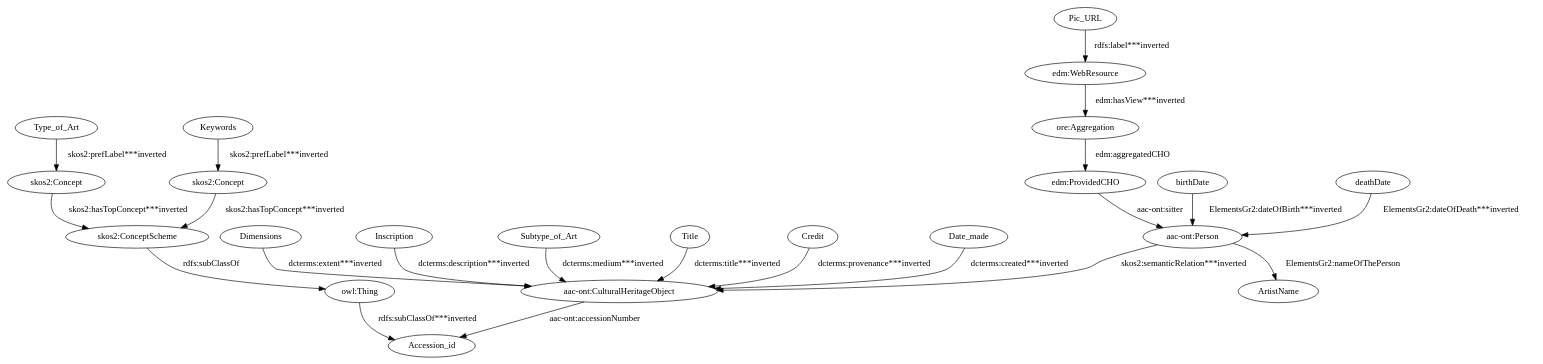
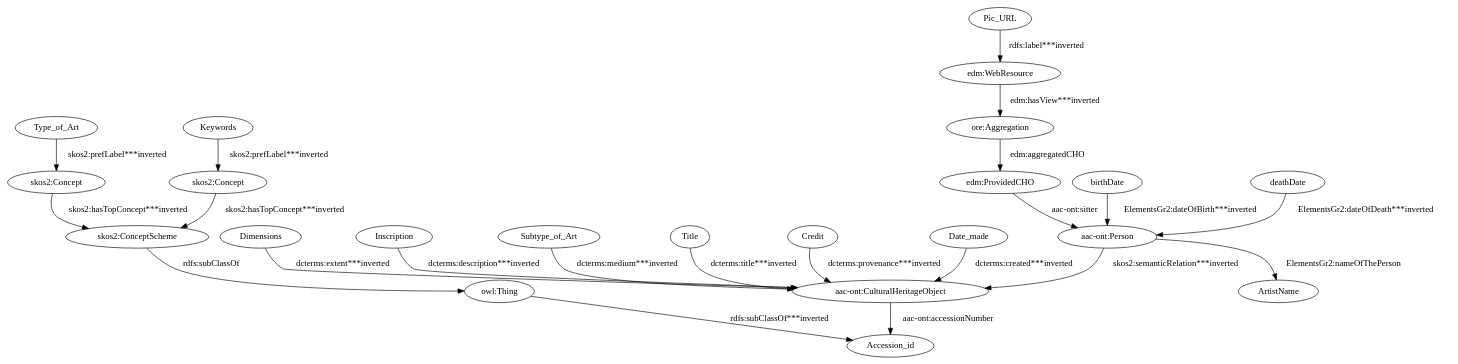
One commit to giuseppefutia/semi changed the diagram in data/taheriyan2016/task_03/semantic_models/steiner/dot/s25-s-oakland-museum-paintings.dot. Above: the diagram before and after it, drawn with Graphviz. The commit also changed 223 other files, not shown here.

```diff
--- a/data/taheriyan2016/task_03/semantic_models/steiner/dot/s25-s-oakland-museum-paintings.dot
+++ b/data/taheriyan2016/task_03/semantic_models/steiner/dot/s25-s-oakland-museum-paintings.dot
@@ -1,45 +1,45 @@
 digraph {
   Credit [type=attribute_name,label=Credit]
   "aac-ont:CulturalHeritageObject1" [type=class_uri,label="aac-ont:CulturalHeritageObject"]
   Date_made [type=attribute_name,label=Date_made]
   Dimensions [type=attribute_name,label=Dimensions]
   Inscription [type=attribute_name,label=Inscription]
   Keywords [type=attribute_name,label=Keywords]
   "skos2:Concept1" [type=class_uri,label="skos2:Concept"]
   Pic_URL [type=attribute_name,label=Pic_URL]
   "edm:WebResource1" [type=class_uri,label="edm:WebResource"]
   Subtype_of_Art [type=attribute_name,label=Subtype_of_Art]
   Title [type=attribute_name,label=Title]
   Type_of_Art [type=attribute_name,label=Type_of_Art]
   "skos2:Concept2" [type=class_uri,label="skos2:Concept"]
   Accession_id [type=attribute_name,label=Accession_id]
   "aac-ont:Person1" [type=class_uri,label="aac-ont:Person"]
   ArtistName [type=attribute_name,label=ArtistName]
   birthDate [type=attribute_name,label=birthDate]
   deathDate [type=attribute_name,label=deathDate]
   "edm:ProvidedCHO" [type=class_uri,label="edm:ProvidedCHO"]
   "ore:Aggregation" [type=class_uri,label="ore:Aggregation"]
   "owl:Thing" [type=special,label="owl:Thing"]
   "skos2:ConceptScheme" [type=class_uri,label="skos2:ConceptScheme"]
-  Credit -> "aac-ont:CulturalHeritageObject1" [type=st_property_uri,label="dcterms:provenance***inverted"]
-  Date_made -> "aac-ont:CulturalHeritageObject1" [type=st_property_uri,label="dcterms:created***inverted"]
-  Dimensions -> "aac-ont:CulturalHeritageObject1" [type=st_property_uri,label="dcterms:extent***inverted"]
-  Inscription -> "aac-ont:CulturalHeritageObject1" [type=st_property_uri,label="dcterms:description***inverted"]
-  Keywords -> "skos2:Concept1" [type=st_property_uri,label="skos2:prefLabel***inverted"]
-  Pic_URL -> "edm:WebResource1" [type=st_property_uri,label="rdfs:label***inverted"]
-  Subtype_of_Art -> "aac-ont:CulturalHeritageObject1" [type=st_property_uri,label="dcterms:medium***inverted"]
-  Title -> "aac-ont:CulturalHeritageObject1" [type=st_property_uri,label="dcterms:title***inverted"]
-  Type_of_Art -> "skos2:Concept2" [type=st_property_uri,label="skos2:prefLabel***inverted"]
+  Credit -> "aac-ont:CulturalHeritageObject1" [type=st_property_uri,label="dcterms:provenance***inverted",weight=1]
+  Date_made -> "aac-ont:CulturalHeritageObject1" [type=st_property_uri,label="dcterms:created***inverted",weight=1]
+  Dimensions -> "aac-ont:CulturalHeritageObject1" [type=st_property_uri,label="dcterms:extent***inverted",weight=1]
+  Inscription -> "aac-ont:CulturalHeritageObject1" [type=st_property_uri,label="dcterms:description***inverted",weight=1]
+  Keywords -> "skos2:Concept1" [type=st_property_uri,label="skos2:prefLabel***inverted",weight=1]
+  Pic_URL -> "edm:WebResource1" [type=st_property_uri,label="rdfs:label***inverted",weight=1]
+  Subtype_of_Art -> "aac-ont:CulturalHeritageObject1" [type=st_property_uri,label="dcterms:medium***inverted",weight=1]
+  Title -> "aac-ont:CulturalHeritageObject1" [type=st_property_uri,label="dcterms:title***inverted",weight=1]
+  Type_of_Art -> "skos2:Concept2" [type=st_property_uri,label="skos2:prefLabel***inverted",weight=1]
   "aac-ont:CulturalHeritageObject1" -> Accession_id [label="aac-ont:accessionNumber",type=st_property_uri]
   "aac-ont:Person1" -> ArtistName [label="ElementsGr2:nameOfThePerson",type=st_property_uri]
-  "aac-ont:Person1" -> "aac-ont:CulturalHeritageObject1" [type=inherited,label="skos2:semanticRelation***inverted"]
-  birthDate -> "aac-ont:Person1" [type=st_property_uri,label="ElementsGr2:dateOfBirth***inverted"]
-  deathDate -> "aac-ont:Person1" [type=st_property_uri,label="ElementsGr2:dateOfDeath***inverted"]
-  "edm:ProvidedCHO" -> "aac-ont:Person1" [label="aac-ont:sitter",type=direct_property_uri]
-  "edm:WebResource1" -> "ore:Aggregation" [type=direct_property_uri,label="edm:hasView***inverted"]
-  "ore:Aggregation" -> "edm:ProvidedCHO" [label="edm:aggregatedCHO",type=direct_property_uri]
-  "owl:Thing" -> Accession_id [type=inherited,label="rdfs:subClassOf***inverted"]
-  "skos2:Concept1" -> "skos2:ConceptScheme" [type=direct_property_uri,label="skos2:hasTopConcept***inverted"]
-  "skos2:Concept2" -> "skos2:ConceptScheme" [type=direct_property_uri,label="skos2:hasTopConcept***inverted"]
-  "skos2:ConceptScheme" -> "owl:Thing" [label="rdfs:subClassOf",type=inherited]
+  "aac-ont:Person1" -> "aac-ont:CulturalHeritageObject1" [type=inherited,label="skos2:semanticRelation***inverted",weight=4]
+  birthDate -> "aac-ont:Person1" [type=st_property_uri,label="ElementsGr2:dateOfBirth***inverted",weight=1]
+  deathDate -> "aac-ont:Person1" [type=st_property_uri,label="ElementsGr2:dateOfDeath***inverted",weight=1]
+  "edm:ProvidedCHO" -> "aac-ont:Person1" [label="aac-ont:sitter",type=direct_property_uri,weight=1]
+  "edm:WebResource1" -> "ore:Aggregation" [type=direct_property_uri,label="edm:hasView***inverted",weight=1]
+  "ore:Aggregation" -> "edm:ProvidedCHO" [label="edm:aggregatedCHO",type=direct_property_uri,weight=1]
+  "owl:Thing" -> Accession_id [type=inherited,label="rdfs:subClassOf***inverted",weight=0.3333333333333333]
+  "skos2:Concept1" -> "skos2:ConceptScheme" [type=direct_property_uri,label="skos2:hasTopConcept***inverted",weight=1]
+  "skos2:Concept2" -> "skos2:ConceptScheme" [type=direct_property_uri,label="skos2:hasTopConcept***inverted",weight=1]
+  "skos2:ConceptScheme" -> "owl:Thing" [label="rdfs:subClassOf",type=inherited,weight=0.3333333333333333]
 }
```
